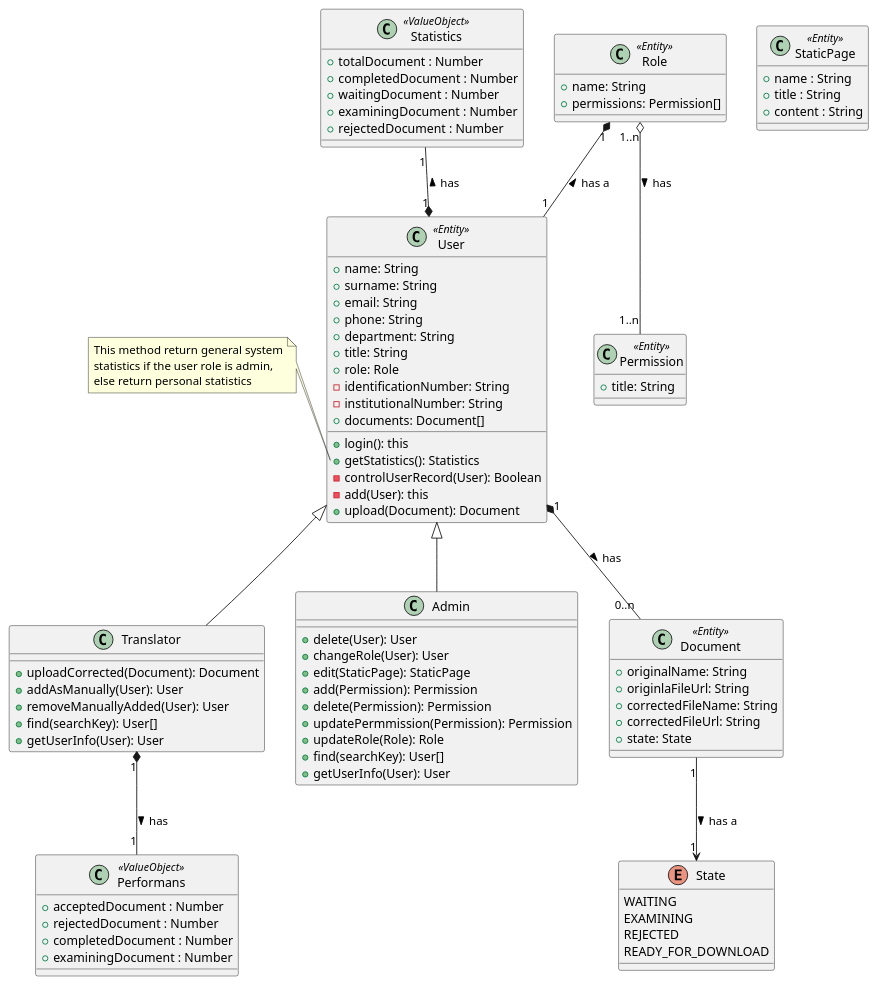
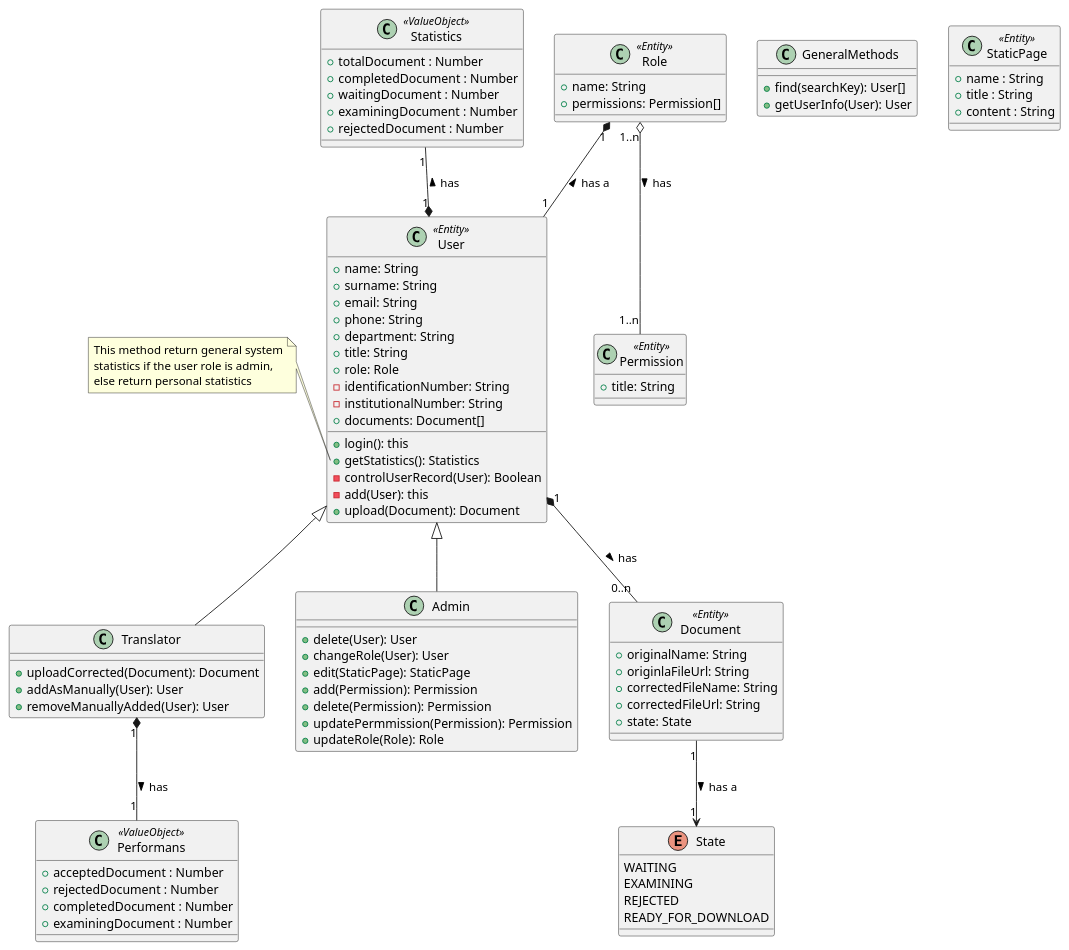
Before and after one commit to uygaraydin/academic-paper-proofreading: the diagram in class-diagram.puml, drawn with PlantUML. The commit also changed 1 other file, not shown here.

Commit message:
class diagram was updated

```diff
--- a/class-diagram.puml
+++ b/class-diagram.puml
@@ -1,102 +1,103 @@
-@startuml ATCS
+@startuml APP
+
+class GeneralMethods {
+  + find(searchKey): User[]
+  + getUserInfo(User): User
+}
 
 class User <<Entity>> {
   + name: String
   + surname: String
   + email: String
   + phone: String
   + department: String
   + title: String
   + role: Role
   - identificationNumber: String
   - institutionalNumber: String
   + documents: Document[]
   + login(): this
   + getStatistics(): Statistics
   - controlUserRecord(User): Boolean
   - add(User): this
   + upload(Document): Document
 }
 note left of User::getStatistics
 This method return general system
 statistics if the user role is admin,
 else return personal statistics
 end note
 
 class Translator {
   + uploadCorrected(Document): Document
   + addAsManually(User): User
   + removeManuallyAdded(User): User
-  + find(searchKey): User[]
-  + getUserInfo(User): User
 }
 
 class Admin {
   + delete(User): User
   + changeRole(User): User
   + edit(StaticPage): StaticPage
   + add(Permission): Permission
   + delete(Permission): Permission
   + updatePermmission(Permission): Permission
   + updateRole(Role): Role
-  + find(searchKey): User[]
-  + getUserInfo(User): User
 }
 
 class Statistics <<ValueObject>> {
   + totalDocument : Number
   + completedDocument : Number
   + waitingDocument : Number
   + examiningDocument : Number
   + rejectedDocument : Number
 }
 
 class Performans <<ValueObject>> {
   + acceptedDocument : Number
   + rejectedDocument : Number
   + completedDocument : Number
   + examiningDocument : Number
 }
 
 class StaticPage <<Entity>> {
   + name : String
   + title : String
   + content : String
 }
 
 class Document <<Entity>> {
   + originalName: String
   + originlaFileUrl: String
   + correctedFileName: String
   + correctedFileUrl: String
   + state: State
 }
 
 class Role <<Entity>> {
   + name: String
   + permissions: Permission[]
 }
 
 class Permission <<Entity>> {
   + title: String
 }
 
 enum State {
   WAITING
   EXAMINING
   REJECTED
   READY_FOR_DOWNLOAD
 }
 
 
 Translator -up-|> User
 Admin -up-|> User
 User "1" *-- "0..n" Document : has >
 Document "1" --> "1" State : has a >
 Role "1" *-- "1" User : has a <
 Role "1..n" o-- "1..n" Permission : has >
 User "1" *-up- "1" Statistics : has >
 Translator "1" *-- "1" Performans : has >
 
 
 @enduml
```
